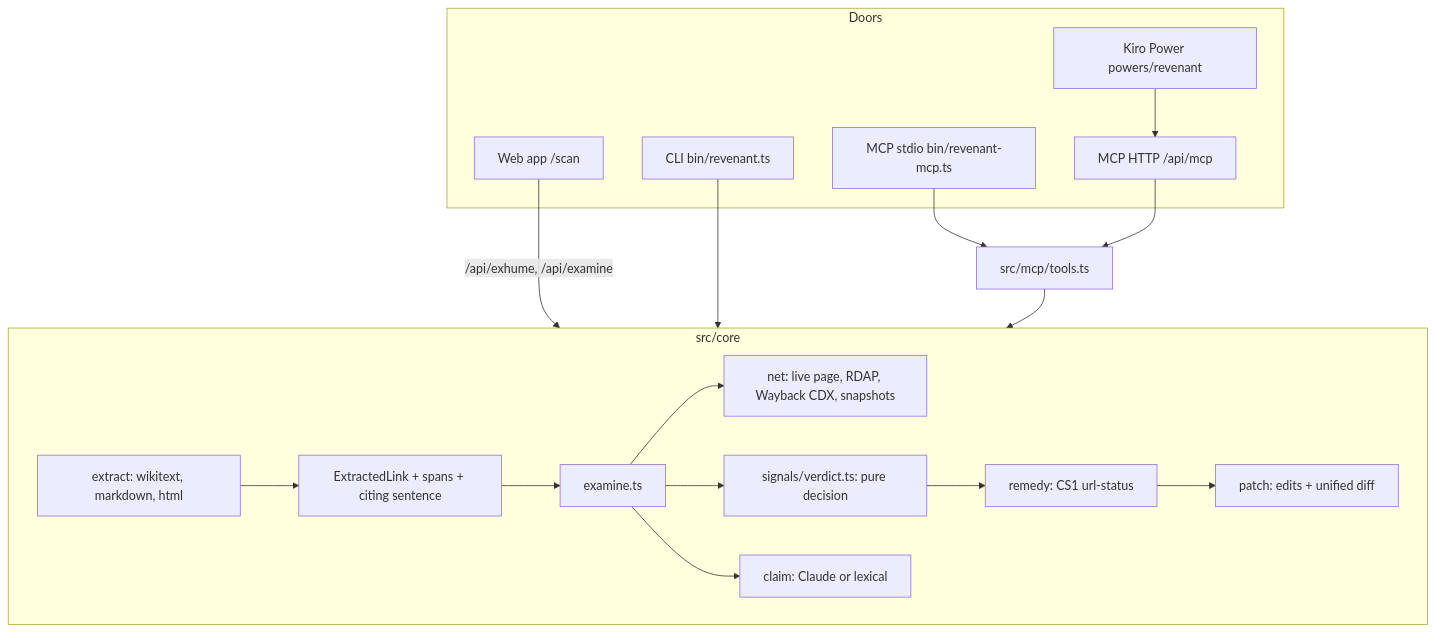
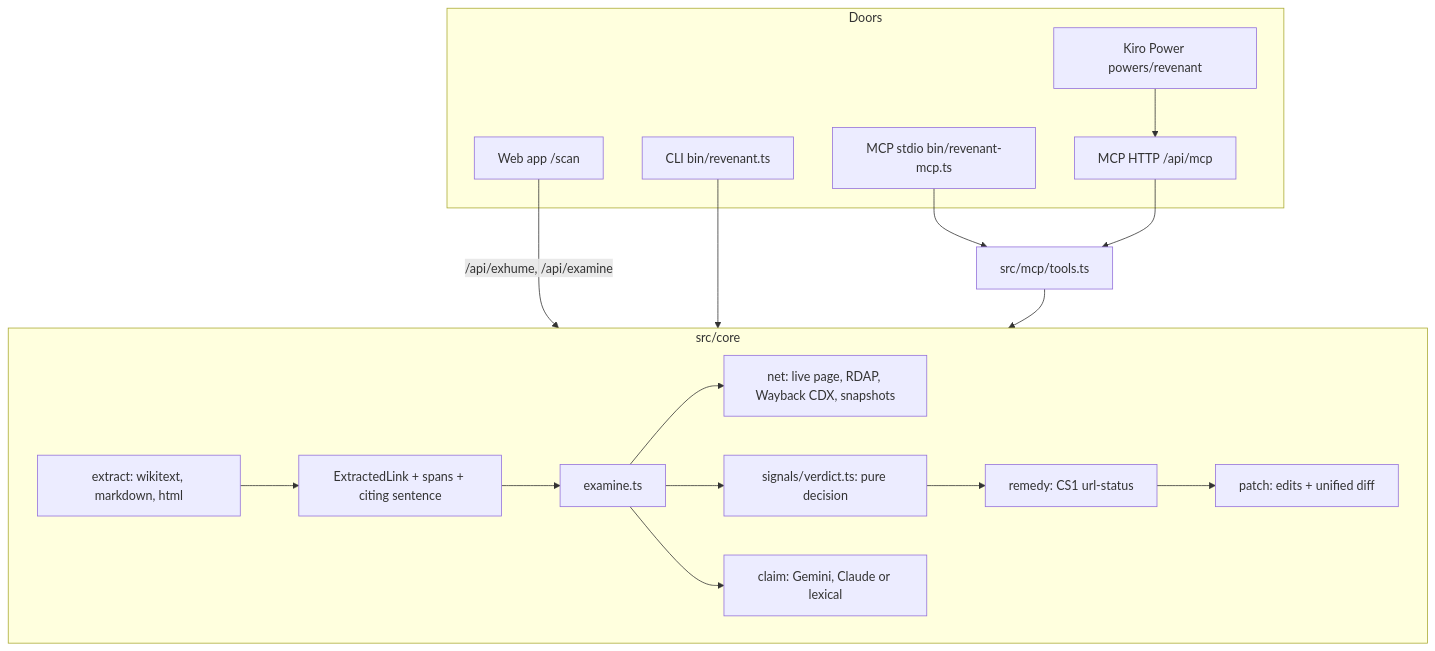
Before and after one commit to ZNLong2203/revenant: the diagram in docs/ARCHITECTURE.md, drawn with Mermaid. The commit also changed other lines of this file and 18 other files, not shown here.

First line of the commit message:
feat(claim): check citations with Gemini by default, Claude optional

````diff
--- a/docs/ARCHITECTURE.md
+++ b/docs/ARCHITECTURE.md
@@ -5,24 +5,24 @@
 ```mermaid
 flowchart TB
   subgraph Doors
     W[Web app /scan]
     C[CLI bin/revenant.ts]
     M1[MCP stdio bin/revenant-mcp.ts]
     M2[MCP HTTP /api/mcp]
     P[Kiro Power powers/revenant]
   end
   P --> M2
   W -->|/api/exhume, /api/examine| E
   C --> E
   M1 --> T[src/mcp/tools.ts] --> E
   M2 --> T
   subgraph E [src/core]
     X[extract: wikitext, markdown, html] --> X2[ExtractedLink + spans + citing sentence]
     X2 --> EX[examine.ts]
     EX --> N[net: live page, RDAP, Wayback CDX, snapshots]
     EX --> D[signals/verdict.ts: pure decision]
-    EX --> CL[claim: Claude or lexical]
+    EX --> CL[claim: Gemini, Claude or lexical]
     D --> R[remedy: CS1 url-status]
     R --> PA[patch: edits + unified diff]
   end
 ```
````
